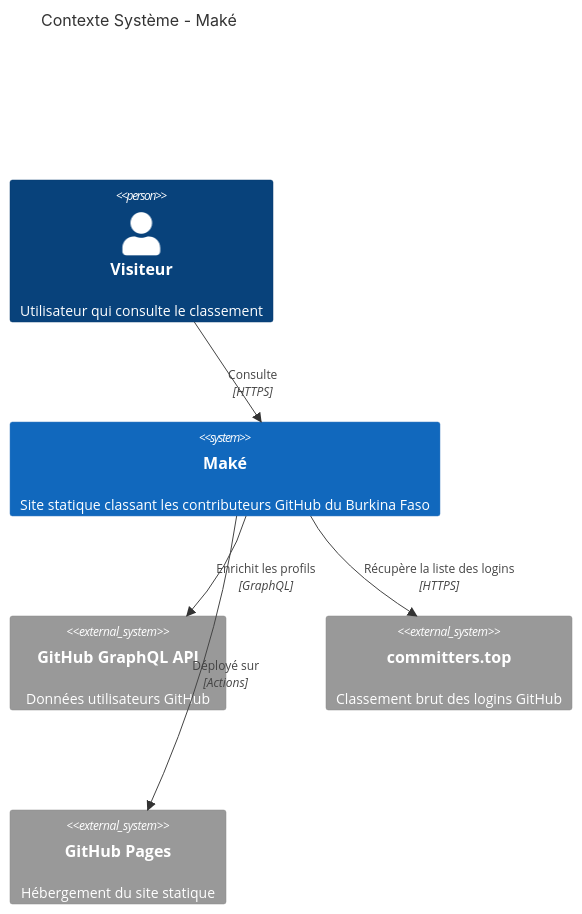
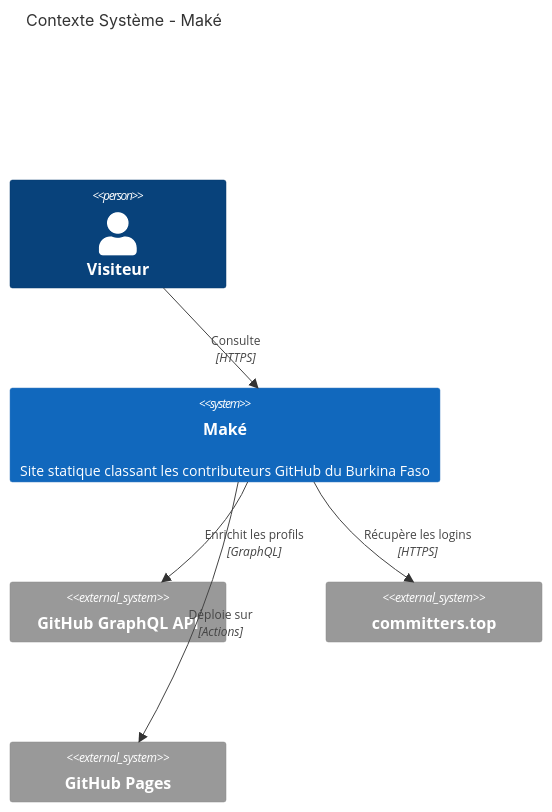
One commit to YaogoGerard/Make changed the first of 2 diagrams in docs/architecture.md. Above: the diagram before and after it, drawn with Mermaid. The commit also changed other lines of this file and 5 other files, not shown here.

````diff
--- a/docs/architecture.md
+++ b/docs/architecture.md
@@ -11,16 +7,13 @@
 ```mermaid
 C4Context
   title Contexte Système - Maké
-
-  Person(visitor, "Visiteur", "Utilisateur qui consulte le classement")
+  Person(visitor, "Visiteur")
   System(make, "Maké", "Site statique classant les contributeurs GitHub du Burkina Faso")
-
-  System_Ext(github, "GitHub GraphQL API", "Données utilisateurs GitHub")
-  System_Ext(committers, "committers.top", "Classement brut des logins GitHub")
-  System_Ext(pages, "GitHub Pages", "Hébergement du site statique")
-
+  System_Ext(github, "GitHub GraphQL API")
+  System_Ext(committers, "committers.top")
+  System_Ext(pages, "GitHub Pages")
   Rel(visitor, make, "Consulte", "HTTPS")
-  Rel(make, committers, "Récupère la liste des logins", "HTTPS")
+  Rel(make, committers, "Récupère les logins", "HTTPS")
   Rel(make, github, "Enrichit les profils", "GraphQL")
-  Rel(make, pages, "Déployé sur", "Actions")
+  Rel(make, pages, "Déploie sur", "Actions")
 ```
````
